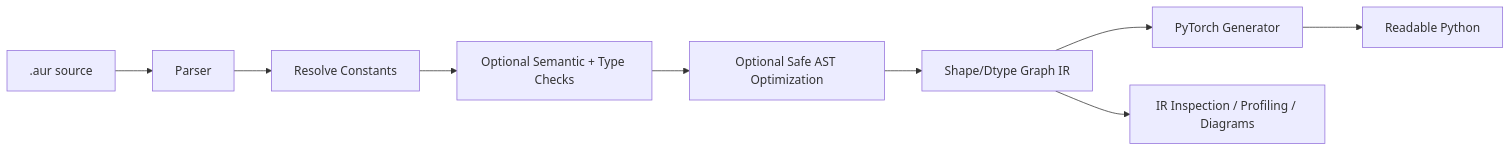
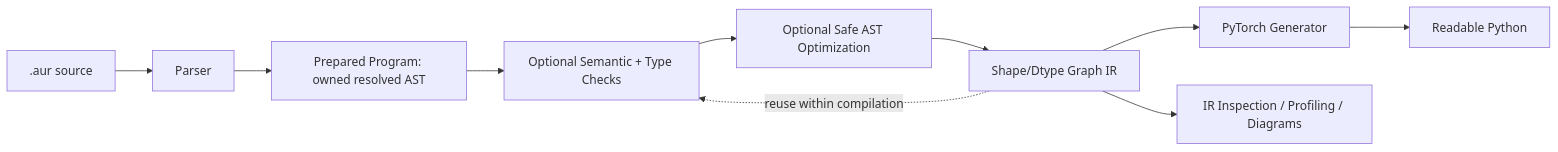
One commit to desenyon/aurane changed the diagram in README.md. Above: the diagram before and after it, drawn with Mermaid. The commit also changed other lines of this file and 28 other files, not shown here.

````diff
--- a/README.md
+++ b/README.md
@@ -24,11 +24,12 @@
 ```mermaid
 flowchart LR
     A[".aur source"] --> B["Parser"]
-    B --> S["Resolve Constants"]
+    B --> S["Prepared Program: owned resolved AST"]
     S --> C["Optional Semantic + Type Checks"]
     C --> D["Optional Safe AST Optimization"]
     D --> E["Shape/Dtype Graph IR"]
     E --> F["PyTorch Generator"]
     F --> G["Readable Python"]
     E --> H["IR Inspection / Profiling / Diagrams"]
+    E -. "reuse within compilation" .-> C
 ```
````
